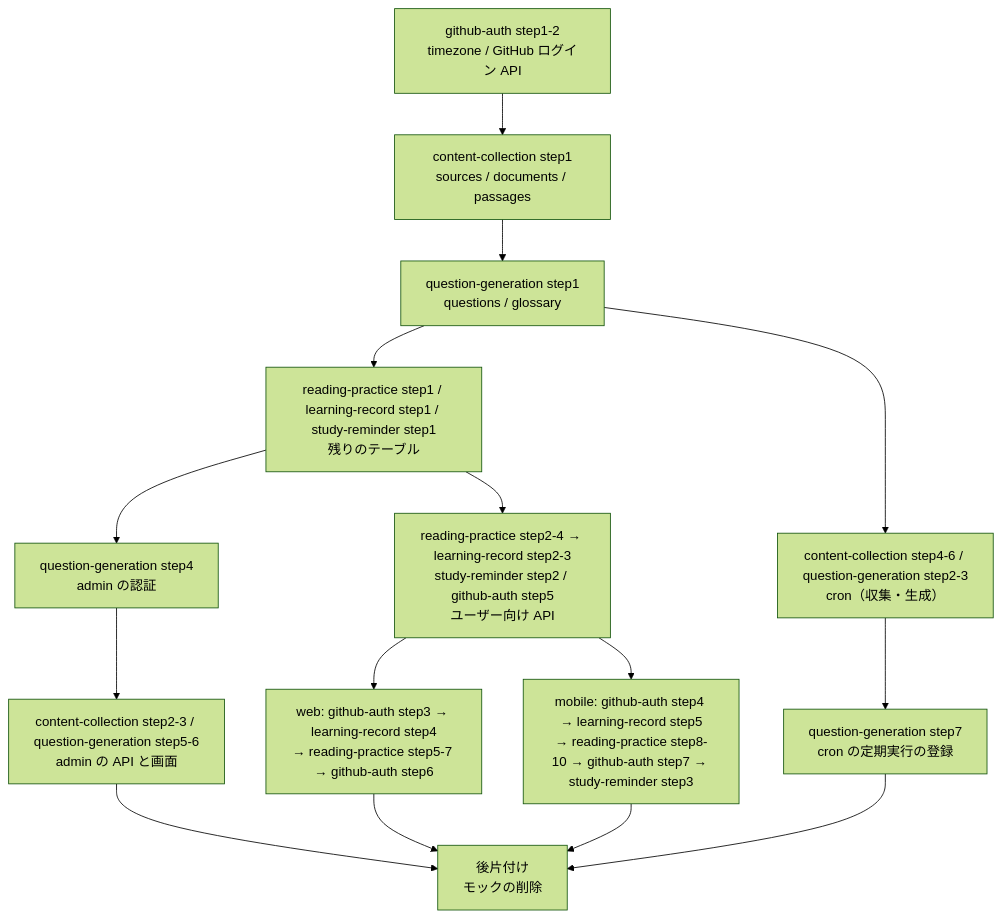
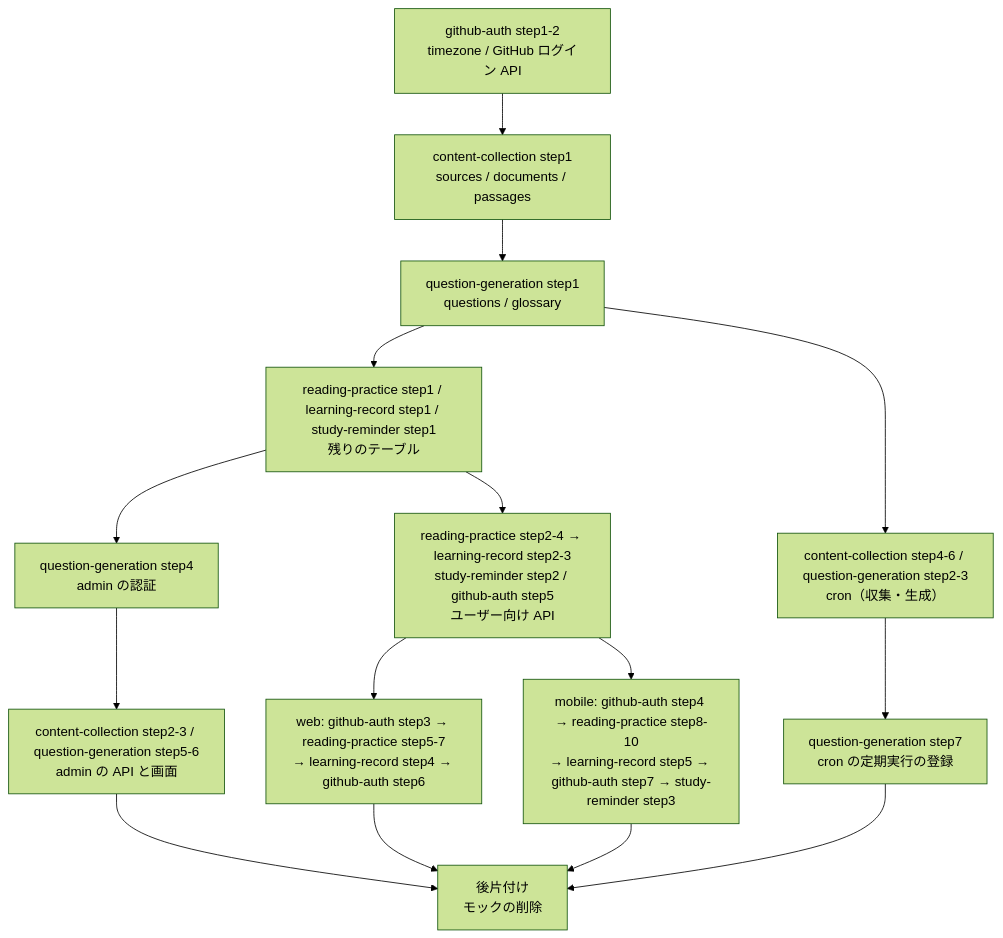
One commit to kentakki416/tech-english changed the third of 5 diagrams in docs/spec/product-overview/README.md. Above: the diagram before and after it, drawn with Mermaid (forest theme). The commit also changed other lines of this file and 6 other files, not shown here.

First line of the commit message:
docs: 画面の実装順に合わせて共通部品を移す担当を reading-practice に変更

````diff
--- a/docs/spec/product-overview/README.md
+++ b/docs/spec/product-overview/README.md
@@ -226,17 +226,17 @@
 ```mermaid
 flowchart TD
     A["github-auth step1-2<br/>timezone / GitHub ログイン API"] --> B["content-collection step1<br/>sources / documents / passages"]
     B --> C["question-generation step1<br/>questions / glossary"]
     C --> D["reading-practice step1 / learning-record step1 / study-reminder step1<br/>残りのテーブル"]
     D --> E["question-generation step4<br/>admin の認証"]
     E --> F["content-collection step2-3 / question-generation step5-6<br/>admin の API と画面"]
     C --> G["content-collection step4-6 / question-generation step2-3<br/>cron（収集・生成）"]
     G --> L["question-generation step7<br/>cron の定期実行の登録"]
     D --> H["reading-practice step2-4 → learning-record step2-3<br/>study-reminder step2 / github-auth step5<br/>ユーザー向け API"]
-    H --> I["web: github-auth step3 → learning-record step4<br/>→ reading-practice step5-7 → github-auth step6"]
-    H --> J["mobile: github-auth step4 → learning-record step5<br/>→ reading-practice step8-10 → github-auth step7 → study-reminder step3"]
+    H --> I["web: github-auth step3 → reading-practice step5-7<br/>→ learning-record step4 → github-auth step6"]
+    H --> J["mobile: github-auth step4 → reading-practice step8-10<br/>→ learning-record step5 → github-auth step7 → study-reminder step3"]
     F --> K["後片付け<br/>モックの削除"]
     L --> K
     I --> K
     J --> K
 ```
````
